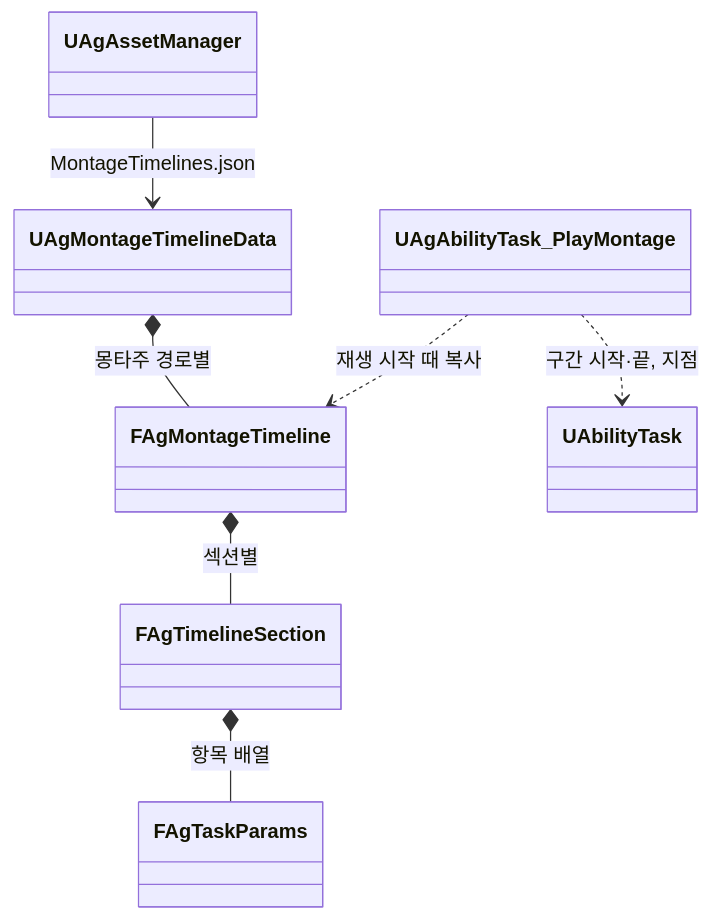
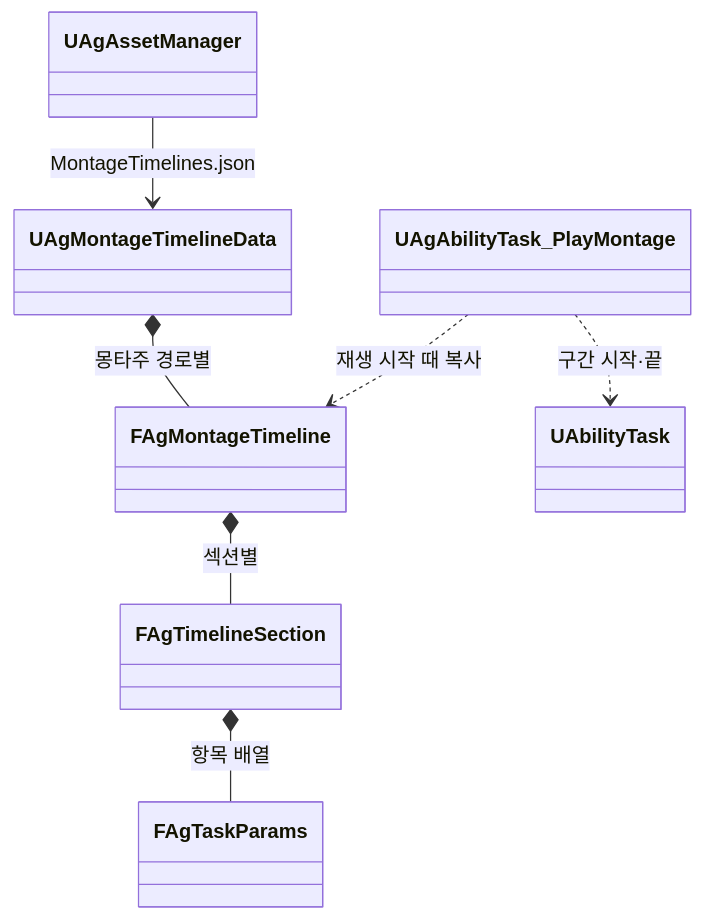
The diagram in Docs/Program/몽타주 시간표.md (Woogl/Ag), drawn with Mermaid before and after one commit. The commit also changed other lines of this file and 44 other files, not shown here.

````diff
--- a/Docs/Program/몽타주 시간표.md
+++ b/Docs/Program/몽타주 시간표.md
@@ -54,10 +50,10 @@
 ```mermaid
 classDiagram
     direction TB
     UAgAssetManager --> UAgMontageTimelineData : MontageTimelines.json
     UAgMontageTimelineData *-- FAgMontageTimeline : 몽타주 경로별
     FAgMontageTimeline *-- FAgTimelineSection : 섹션별
     FAgTimelineSection *-- FAgTaskParams : 항목 배열
     UAgAbilityTask_PlayMontage ..> FAgMontageTimeline : 재생 시작 때 복사
-    UAgAbilityTask_PlayMontage ..> UAbilityTask : 구간 시작·끝, 지점
+    UAgAbilityTask_PlayMontage ..> UAbilityTask : 구간 시작·끝
 ```
````
